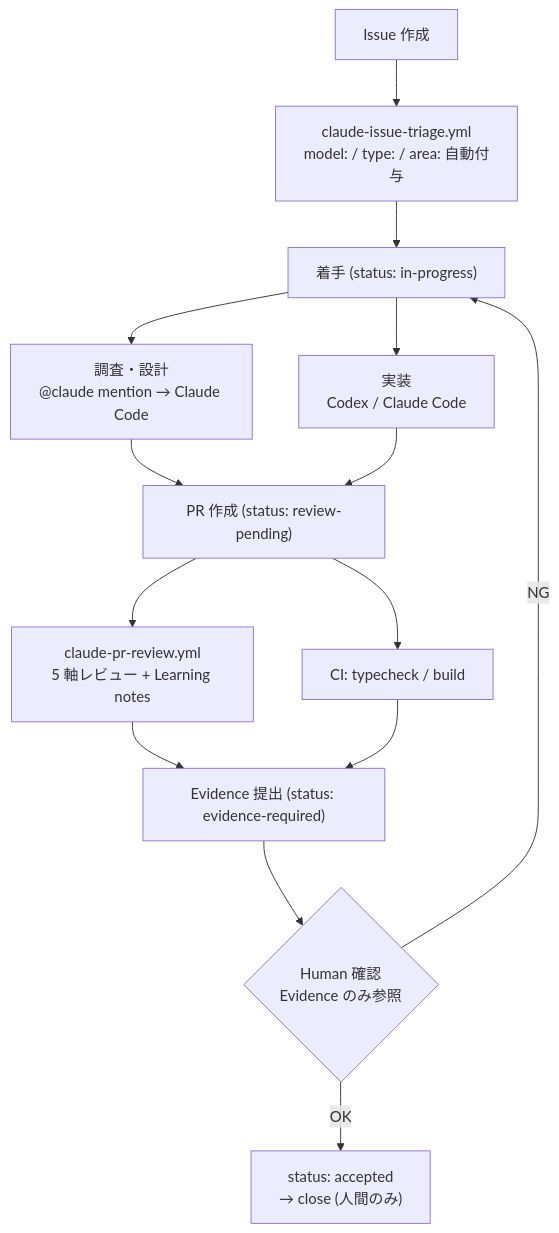
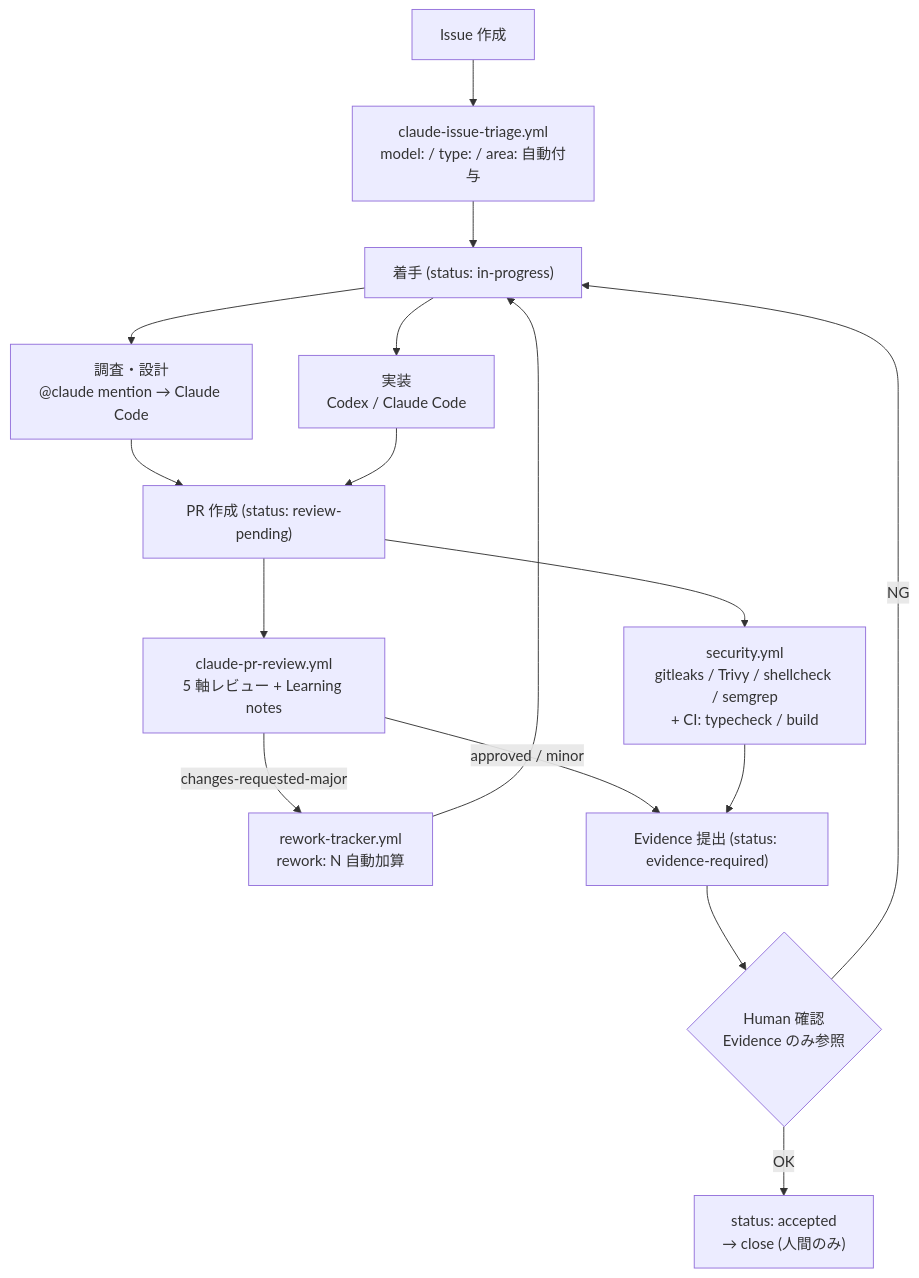
Before and after one commit to FUMIHITO-EGUCHI/claude-project-template: the diagram in README.md, drawn with Mermaid.

Commit message:
docs: README フローチャートに security.yml と rework-tracker.yml を追加 (#39)

````diff
--- a/README.md
+++ b/README.md
@@ -17,16 +17,18 @@
 ```mermaid
 flowchart TD
     A["Issue 作成"] --> B["claude-issue-triage.yml<br/>model: / type: / area: 自動付与"]
     B --> C["着手 (status: in-progress)"]
     C --> D1["調査・設計<br/>@claude mention → Claude Code"]
     C --> D2["実装<br/>Codex / Claude Code"]
     D1 --> E["PR 作成 (status: review-pending)"]
     D2 --> E
     E --> F["claude-pr-review.yml<br/>5 軸レビュー + Learning notes"]
-    E --> G["CI: typecheck / build"]
-    F --> H["Evidence 提出 (status: evidence-required)"]
+    E --> G["security.yml<br/>gitleaks / Trivy / shellcheck / semgrep<br/>+ CI: typecheck / build"]
+    F -->|changes-requested-major| R["rework-tracker.yml<br/>rework: N 自動加算"]
+    R --> C
+    F -->|approved / minor| H["Evidence 提出 (status: evidence-required)"]
     G --> H
     H --> I{"Human 確認<br/>Evidence のみ参照"}
     I -->|OK| J["status: accepted<br/>→ close (人間のみ)"]
     I -->|NG| C
 ```
````
